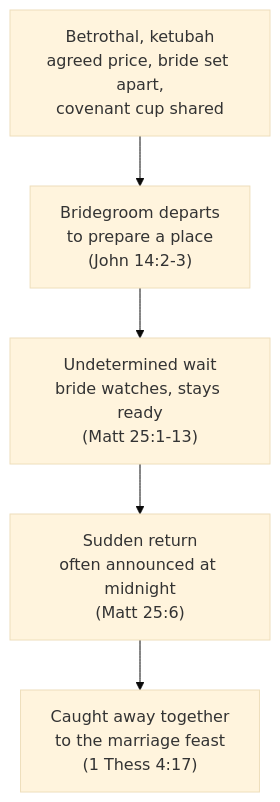
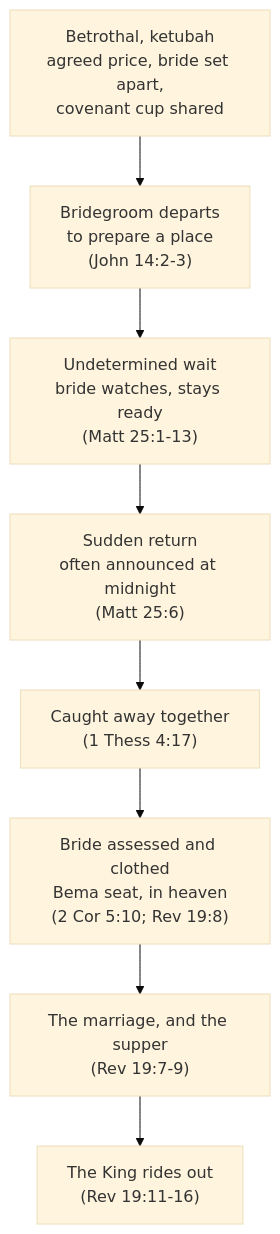
Before and after one commit to ding0t/bible_studies: the second of 2 diagrams in docs/content/last-things/rapture.md, drawn with Mermaid (base theme). The commit also changed other lines of this file and 1 other file, not shown here.

First line of the commit message:
feat(content): bucket the two comings by term, sequence and feature

````diff
--- a/docs/content/last-things/rapture.md
+++ b/docs/content/last-things/rapture.md
@@ -308,7 +372,10 @@
 ```mermaid
 flowchart TD
     A["Betrothal, ketubah<br/>agreed price, bride set apart,<br/>covenant cup shared"] --> B["Bridegroom departs<br/>to prepare a place<br/>(John 14:2-3)"]
     B --> C["Undetermined wait<br/>bride watches, stays ready<br/>(Matt 25:1-13)"]
     C --> D["Sudden return<br/>often announced at midnight<br/>(Matt 25:6)"]
-    D --> E["Caught away together<br/>to the marriage feast<br/>(1 Thess 4:17)"]
+    D --> E["Caught away together<br/>(1 Thess 4:17)"]
+    E --> F["Bride assessed and clothed<br/>Bema seat, in heaven<br/>(2 Cor 5:10; Rev 19:8)"]
+    F --> G["The marriage, and the supper<br/>(Rev 19:7-9)"]
+    G --> H["The King rides out<br/>(Rev 19:11-16)"]
 ```
````
